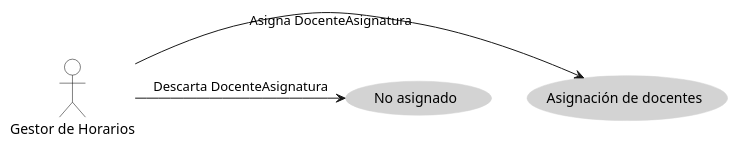
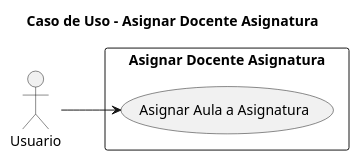
One commit to FernandoWilliam26/23-24-IdSw1-SDR changed the diagram in Casos de Uso/Asignacion de docente.puml. Above: the diagram before and after it, drawn with PlantUML. The commit also changed 1 other file, not shown here.

Commit message:
Cambiando caso asignatura docente asignar

```diff
--- a/Casos de Uso/Asignacion de docente.puml
+++ b/Casos de Uso/Asignacion de docente.puml
@@ -1,20 +1,11 @@
 @startuml
+title Caso de Uso - Asignar Docente Asignatura
+left to right direction
+actor Usuario as cust
 
-skinparam usecase {
-  BackgroundColor #D3D3D3 
-  BorderColor #D3D3D3      
+rectangle "Asignar Docente Asignatura" {
+    usecase "Asignar Aula a Asignatura" as OP1
 }
 
-skinparam actor {
-  BackgroundColor #FFFFFF
-  BorderColor #000000
-}
-
-actor "Gestor de Horarios" as Gestor
-usecase "Asignación de docentes" as Asignacion
-usecase "No asignado" as NoAsignado
-
-Gestor -right-> Asignacion : Asigna DocenteAsignatura
-Gestor -right-> NoAsignado : Descarta DocenteAsignatura
-
+cust --> OP1
 @enduml
```
